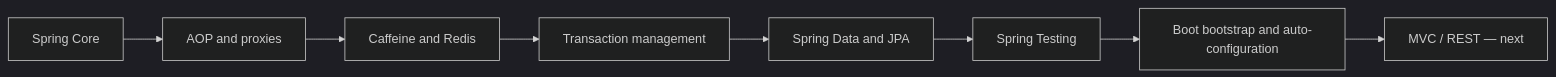
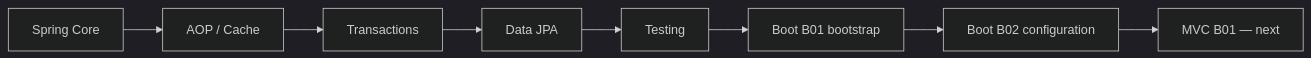
One commit to alimbetov/obsidian changed the diagram in 01_MAPS/Spring Map.md. Above: the diagram before and after it, drawn with Mermaid (dark theme). The commit also changed other lines of this file, not shown here.

Commit message:
docs: publish SPRING-BOOT-B02 in Spring Map

````diff
--- a/01_MAPS/Spring Map.md
+++ b/01_MAPS/Spring Map.md
@@ -49,10 +29,10 @@
 ```mermaid
 flowchart LR
-    CORE["Spring Core"] --> AOP["AOP and proxies"]
-    AOP --> CACHE["Caffeine and Redis"]
-    CACHE --> TX["Transaction management"]
-    TX --> DATA["Spring Data and JPA"]
-    DATA --> TEST["Spring Testing"]
-    TEST --> BOOT["Boot bootstrap and auto-configuration"]
-    BOOT --> MVC["MVC / REST — next"]
+    CORE["Spring Core"] --> AOP["AOP / Cache"]
+    AOP --> TX["Transactions"]
+    TX --> DATA["Data JPA"]
+    DATA --> TEST["Testing"]
+    TEST --> B1["Boot B01 bootstrap"]
+    B1 --> B2["Boot B02 configuration"]
+    B2 --> MVC["MVC B01 — next"]
 ```
````
